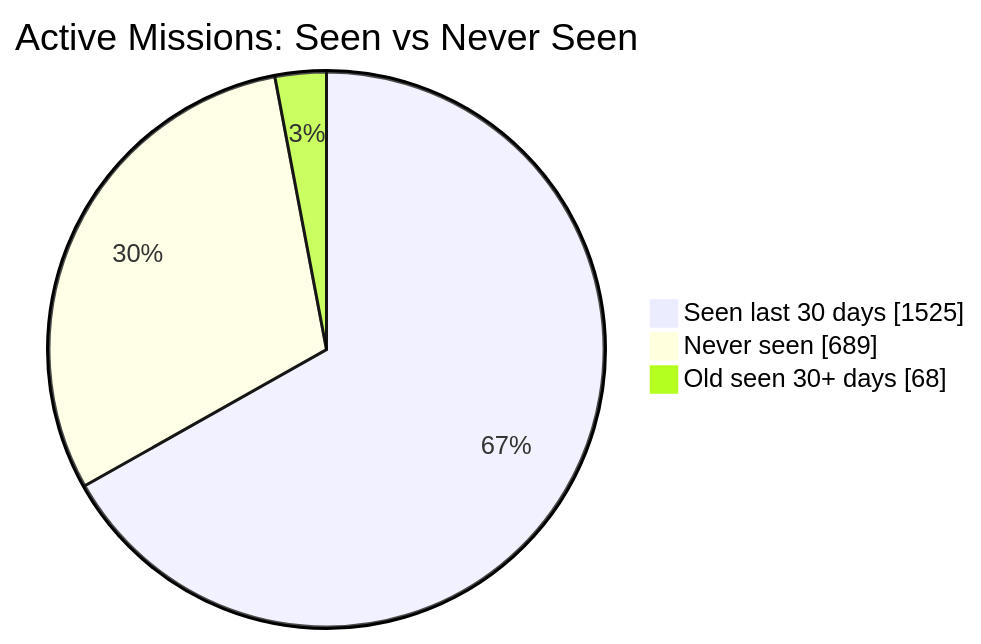
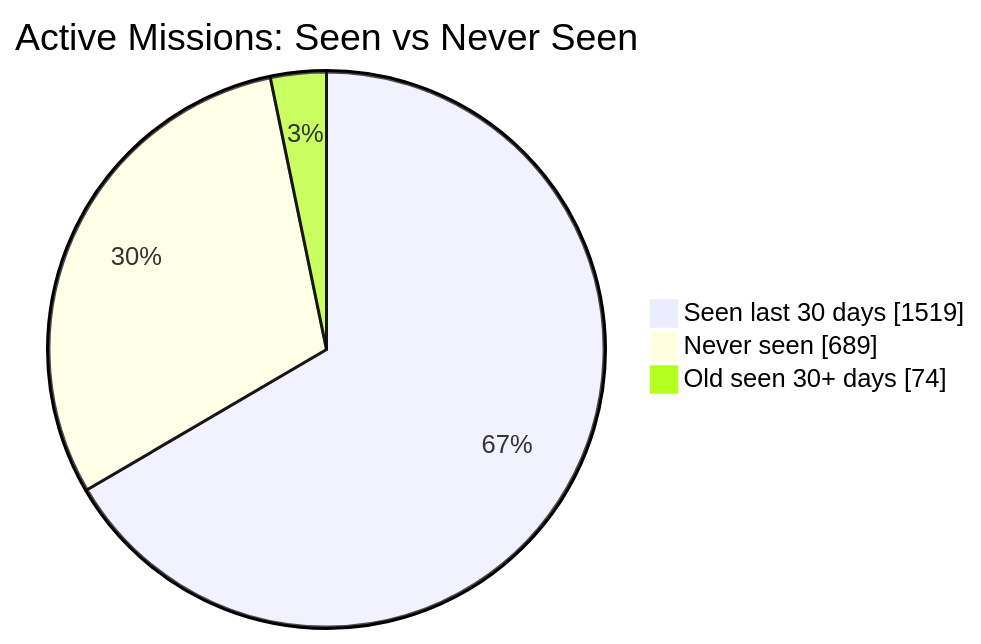
Before and after one commit to MeldkamerspelGameTeam/active-missions: the first of 2 diagrams in README.md, drawn with Mermaid. The commit also changed other lines of this file and 2 other files, not shown here.

````diff
--- a/README.md
+++ b/README.md
@@ -34,7 +34,7 @@
 ```mermaid
 pie showData
     title Active Missions: Seen vs Never Seen
-    "Seen last 30 days" : 1525
+    "Seen last 30 days" : 1519
     "Never seen" : 689
-    "Old seen 30+ days" : 68
+    "Old seen 30+ days" : 74
 ```
````
